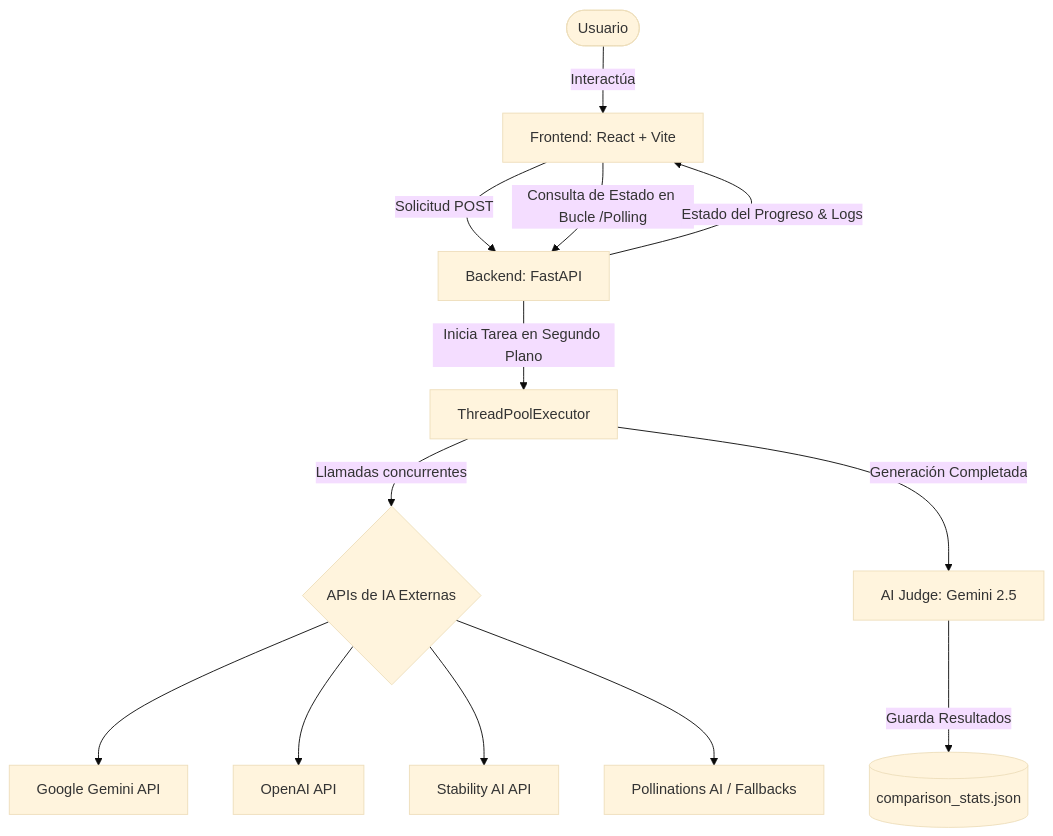
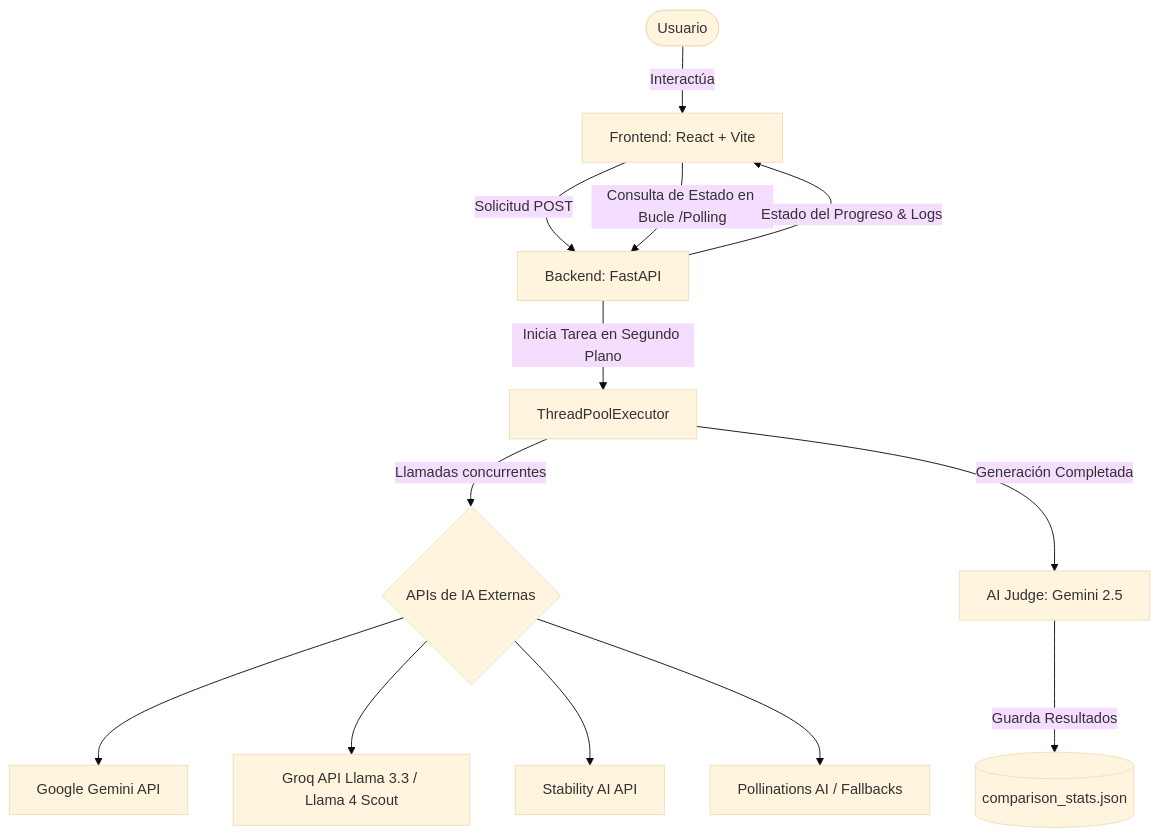
The diagram in README.md (AssassinHache/comparacion), drawn with Mermaid (base theme) before and after one commit. The commit also changed other lines of this file and 17 other files, not shown here.

Commit message:
feat: integrar graficos de estadisticas, radar de evaluacion, soporte de Groq Llama 3.3/4 Scout y resiliencia en Pollinations

````diff
--- a/README.md
+++ b/README.md
@@ -38,16 +39,16 @@
 ```mermaid
 graph TD
     User([Usuario]) -->|Interactúa| FE[Frontend: React + Vite]
     FE -->|Solicitud POST| BE[Backend: FastAPI]
     BE -->|Inicia Tarea en Segundo Plano| Workers[ThreadPoolExecutor]
     Workers -->|Llamadas concurrentes| APIs{APIs de IA Externas}
     APIs --> Gemini[Google Gemini API]
-    APIs --> OpenAI[OpenAI API]
+    APIs --> Groq[Groq API Llama 3.3 / Llama 4 Scout]
     APIs --> Stability[Stability AI API]
     APIs --> Pollinations[Pollinations AI / Fallbacks]
     
     Workers -->|Generación Completada| Judge[AI Judge: Gemini 2.5]
     Judge -->|Guarda Resultados| Stats[(comparison_stats.json)]
     FE -->|Consulta de Estado en Bucle /Polling| BE
     BE -->|Estado del Progreso & Logs| FE
 ```
````
